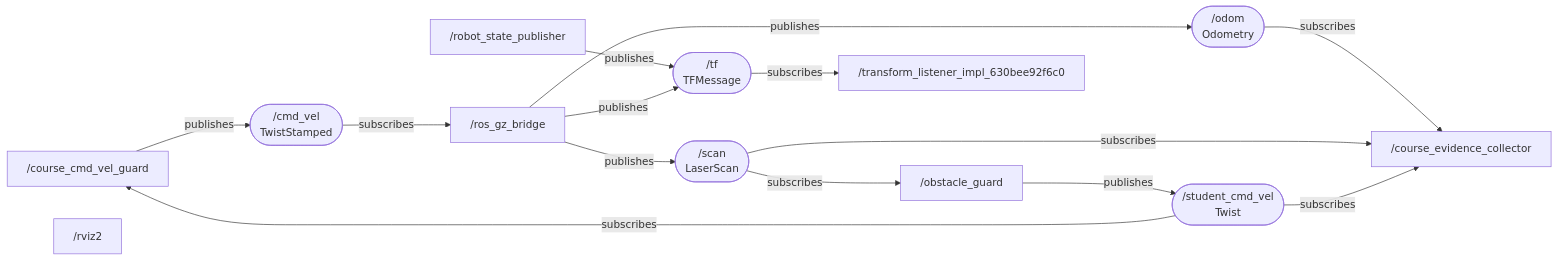
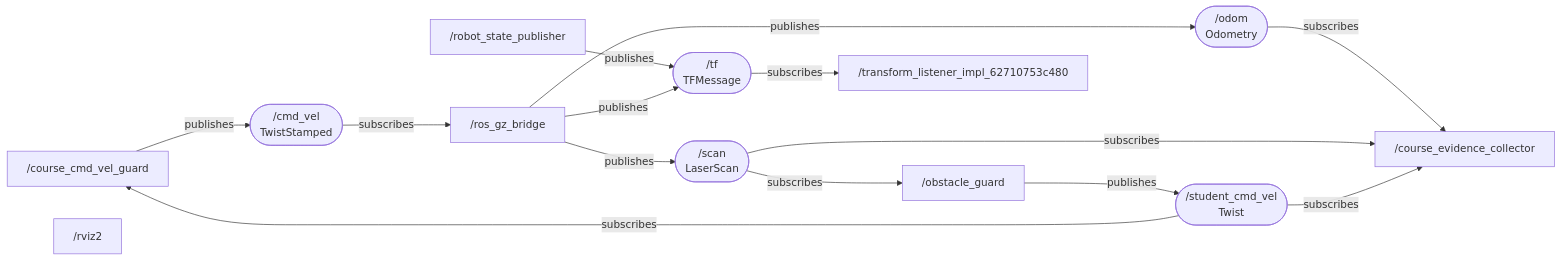
One commit to saml812/robotics-fall2026 changed the diagram in week01_ros_foundations/student_submission/mission_1/ros_system_diagram.md. Above: the diagram before and after it, drawn with Mermaid. The commit also changed 7 other files, not shown here.

````diff
--- a/week01_ros_foundations/student_submission/mission_1/ros_system_diagram.md
+++ b/week01_ros_foundations/student_submission/mission_1/ros_system_diagram.md
@@ -3,28 +3,28 @@
 ```mermaid
 flowchart LR
   n0["/course_cmd_vel_guard"]
   n1["/course_evidence_collector"]
   n2["/obstacle_guard"]
   n3["/robot_state_publisher"]
   n4["/ros_gz_bridge"]
   n5["/rviz2"]
-  n6["/transform_listener_impl_630bee92f6c0"]
+  n6["/transform_listener_impl_62710753c480"]
   t0(["/cmd_vel<br/>TwistStamped"])
   n0 -->|publishes| t0
   t0 -->|subscribes| n4
   t1(["/odom<br/>Odometry"])
   n4 -->|publishes| t1
   t1 -->|subscribes| n1
   t2(["/scan<br/>LaserScan"])
   n4 -->|publishes| t2
   t2 -->|subscribes| n1
   t2 -->|subscribes| n2
   t3(["/student_cmd_vel<br/>Twist"])
   n2 -->|publishes| t3
   t3 -->|subscribes| n0
   t3 -->|subscribes| n1
   t4(["/tf<br/>TFMessage"])
   n3 -->|publishes| t4
   n4 -->|publishes| t4
   t4 -->|subscribes| n6
 ```
````
